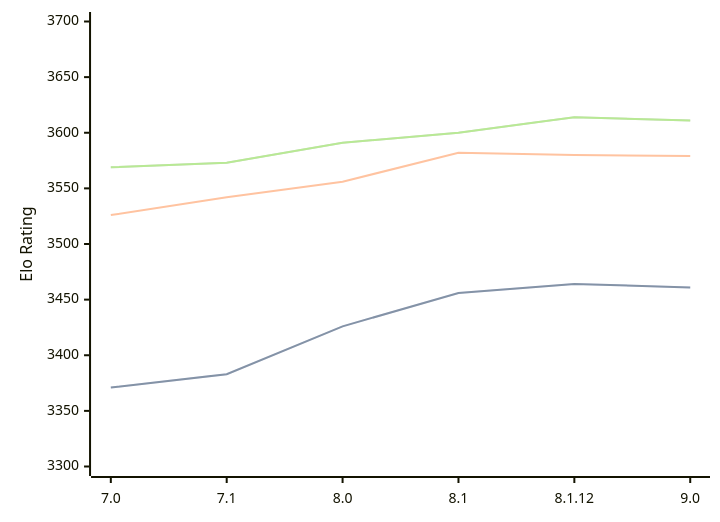
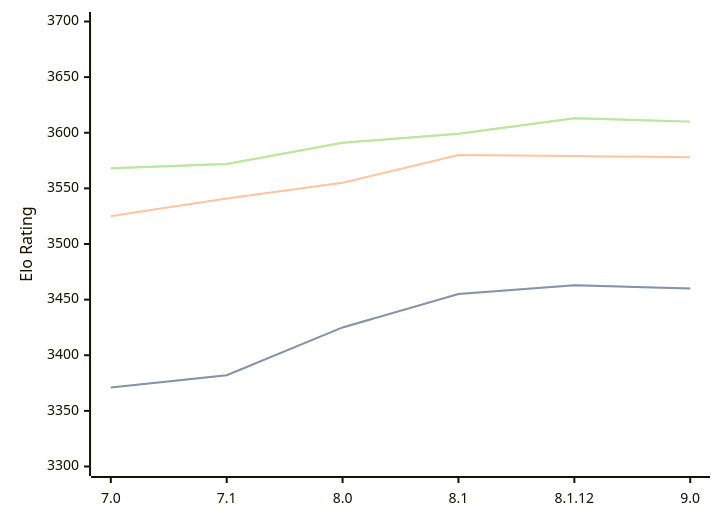
One commit to computer-chess-index/cci changed the diagram in engines/Alexandria.md. Above: the diagram before and after it, drawn with Mermaid. The commit also changed other lines of this file, not shown here.

Commit message:
Update CCI Ratings (ELO VLTC) - 2026-04-26

````diff
--- a/engines/Alexandria.md
+++ b/engines/Alexandria.md
@@ -55,11 +55,11 @@
 ```mermaid
 %%{init: {"theme":"base","themeVariables":{"seriesColors:['#a3a3a3','#222221','#faa371']}}}%%
 xychart-beta
   x-axis ["7.0", "7.1", "8.0", "8.1", "8.1.12", "9.0"]
   y-axis "Elo Rating" 3300 --> 3700
-  line "STC (8.0+0.08s)" [3371, 3383, 3426, 3456, 3464, 3461]
-  line "STC (8.0+0.08s)" [3371, 3383, 3426, 3456, 3464, 3461]
-  line "LTC (60.0+0.60s)" [3526, 3542, 3556, 3582, 3580, 3579]
-  line "VLTC (2m24s+1.12s)" [3569, 3573, 3591, 3600, 3614, 3611]
-  line "VLTC (2m24s+1.12s)" [3569, 3573, 3591, 3600, 3614, 3611]
+  line "STC (8.0+0.08s)" [3371, 3382, 3425, 3455, 3463, 3460]
+  line "STC (8.0+0.08s)" [3371, 3382, 3425, 3455, 3463, 3460]
+  line "LTC (60.0+0.60s)" [3525, 3541, 3555, 3580, 3579, 3578]
+  line "VLTC (2m24s+1.12s)" [3568, 3572, 3591, 3599, 3613, 3610]
+  line "VLTC (2m24s+1.12s)" [3568, 3572, 3591, 3599, 3613, 3610]
 ```
````
